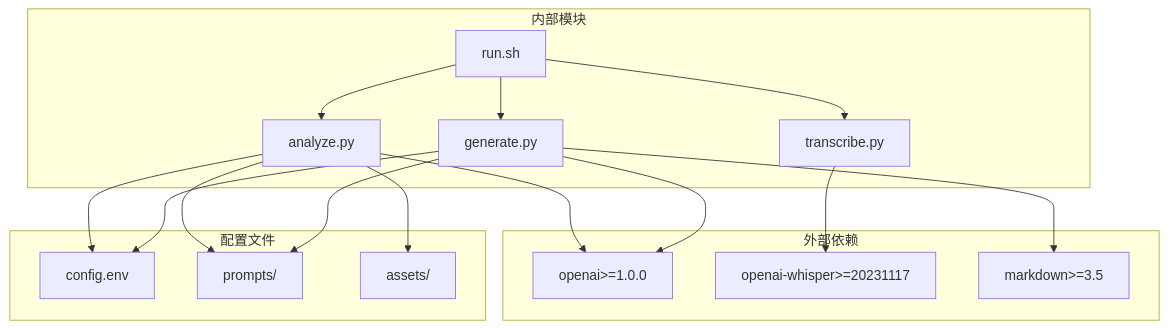
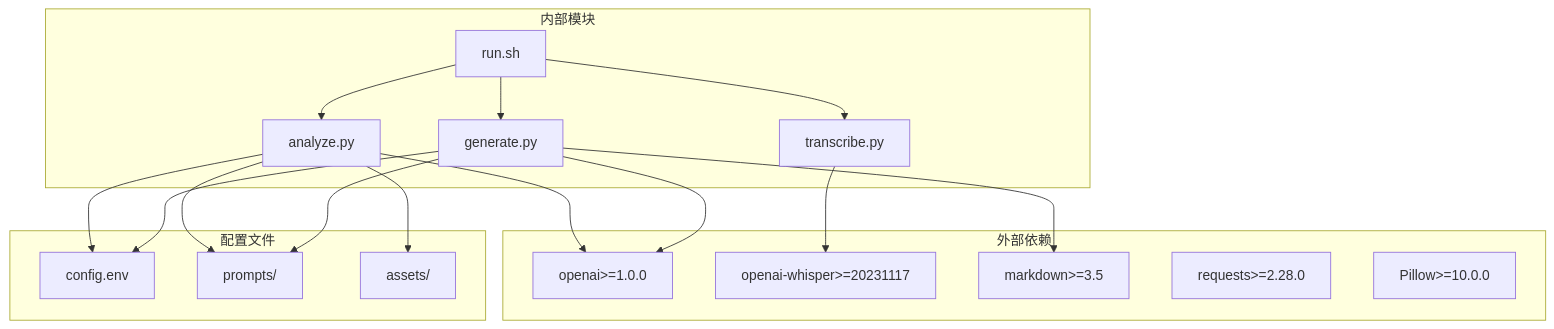
One commit to WongMingJiu/landingpage-test-hero-page changed the seventh of 7 diagrams in .qoder/repowiki/zh/content/核心模块详解/多模态分析模块.md. Above: the diagram before and after it, drawn with Mermaid. The commit also changed other lines of this file and 7 other files, not shown here.

````diff
--- a/.qoder/repowiki/zh/content/核心模块详解/多模态分析模块.md
+++ b/.qoder/repowiki/zh/content/核心模块详解/多模态分析模块.md
@@ -408,31 +425,33 @@
 ```mermaid
 graph TB
 subgraph "外部依赖"
 OPENAI[openai>=1.0.0]
 WHISPER[openai-whisper>=20231117]
 MARKDOWN[markdown>=3.5]
+REQUESTS[requests>=2.28.0]
+PIL[Pillow>=10.0.0]
 end
 subgraph "内部模块"
 RUNNER[run.sh]
 TRANS[transcribe.py]
 ANALYZE[analyze.py]
 GEN[generate.py]
 end
 subgraph "配置文件"
 ENV[config.env]
 PROMPTS[prompts/]
 ASSETS[assets/]
 end
 RUNNER --> TRANS
 RUNNER --> ANALYZE
 RUNNER --> GEN
 TRANS --> WHISPER
 ANALYZE --> OPENAI
 GEN --> OPENAI
 GEN --> MARKDOWN
 ANALYZE --> ENV
 GEN --> ENV
 ANALYZE --> PROMPTS
 ANALYZE --> ASSETS
 GEN --> PROMPTS
 ```
````
